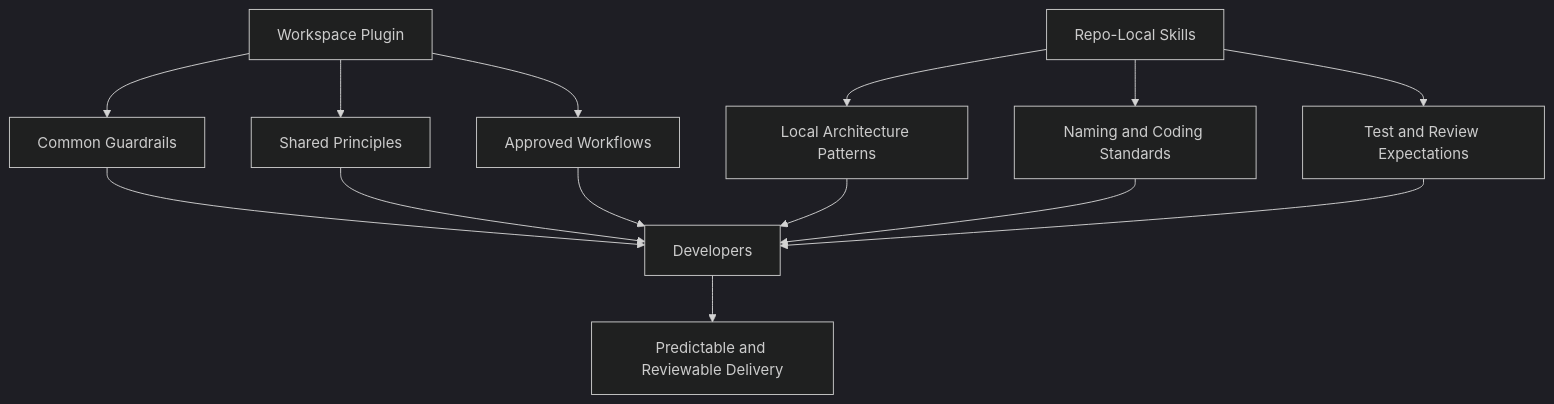
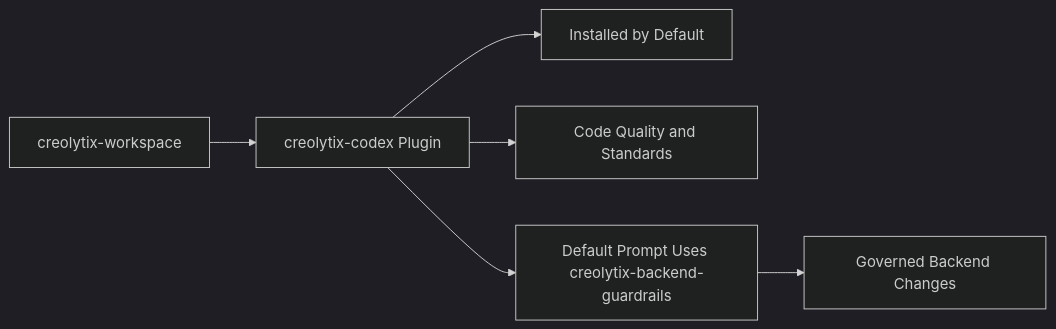
One commit to refat-asadullah-creolytix-dev/refat-asadullah-creolytix-dev changed the eighth of 23 diagrams in creolytix-ai-delivery-model.md. Above: the diagram before and after it, drawn with Mermaid (dark theme). The commit also changed other lines of this file, not shown here.

First line of the commit message:
Refine AI delivery model documentation for clarity

````diff
--- a/creolytix-ai-delivery-model.md
+++ b/creolytix-ai-delivery-model.md
@@ -289,16 +278,8 @@
 ```mermaid
-flowchart TB
-    A[Workspace Plugin] --> B[Common Guardrails]
-    A --> C[Shared Principles]
-    A --> D[Approved Workflows]
-    E[Repo-Local Skills] --> F[Local Architecture Patterns]
-    E --> G[Naming and Coding Standards]
-    E --> H[Test and Review Expectations]
-    B --> I[Developers]
-    C --> I
-    D --> I
-    F --> I
-    G --> I
-    H --> I
-    I --> J[Predictable and Reviewable Delivery]
+flowchart LR
+    A[creolytix-workspace] --> B[creolytix-codex Plugin]
+    B --> C[Installed by Default]
+    B --> D[Code Quality and Standards]
+    B --> E[Default Prompt Uses creolytix-backend-guardrails]
+    E --> F[Governed Backend Changes]
 ```
````
